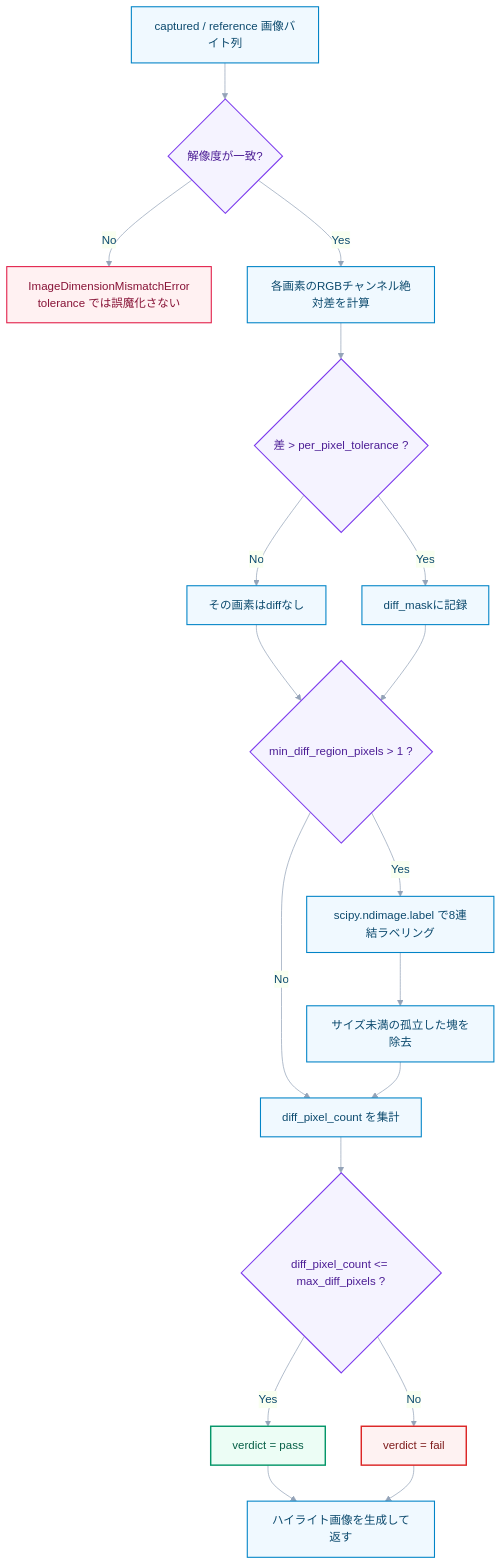
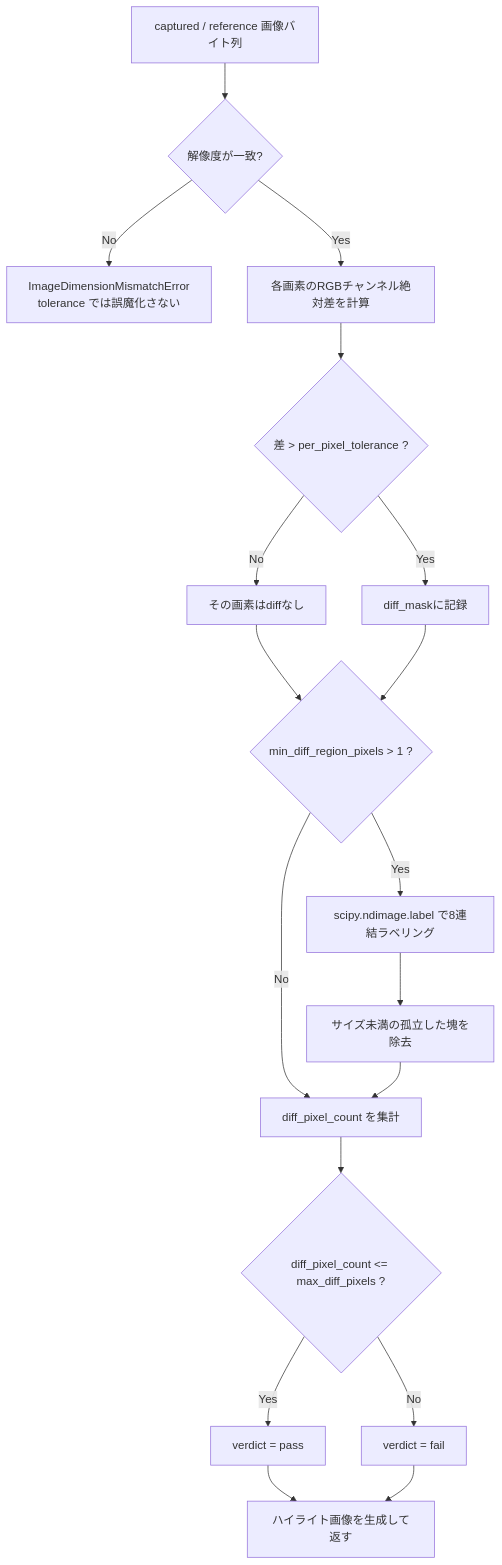
Before and after one commit to manato1201/VisualRegressionQATool: the fifth of 7 diagrams in docs/ARCHITECTURE.md, drawn with Mermaid. The commit also changed other lines of this file and 2 other files, not shown here.

First line of the commit message:
Rebuild system diagram as hand-routed SVG, document setup/verification steps

````diff
--- a/docs/ARCHITECTURE.md
+++ b/docs/ARCHITECTURE.md
@@ -227,32 +195,19 @@
 ```mermaid
-%%{init: {'theme': 'base', 'themeVariables': { 'primaryColor': '#f0f9ff', 'primaryBorderColor': '#0284c7', 'primaryTextColor': '#0c4a6e', 'lineColor': '#94a3b8', 'fontFamily': 'Inter, sans-serif' }}}%%
 flowchart TD
     A[captured / reference 画像バイト列] --> B{解像度が一致?}
     B -- No --> C[ImageDimensionMismatchError<br/>tolerance では誤魔化さない]
     B -- Yes --> D[各画素のRGBチャンネル絶対差を計算]
     D --> E{差 > per_pixel_tolerance ?}
     E -- No --> F[その画素はdiffなし]
     E -- Yes --> G[diff_maskに記録]
     F --> H
     G --> H{min_diff_region_pixels > 1 ?}
     H -- No --> I[diff_pixel_count を集計]
     H -- Yes --> J["scipy.ndimage.label で8連結ラベリング"]
     J --> K[サイズ未満の孤立した塊を除去]
     K --> I
     I --> L{diff_pixel_count <= max_diff_pixels ?}
     L -- Yes --> M[verdict = pass]
     L -- No --> N[verdict = fail]
     M & N --> O[ハイライト画像を生成して返す]
-
-    classDef decision fill:#f5f3ff,stroke:#7c3aed,stroke-width:1.5px,color:#4c1d95;
-    classDef process fill:#f0f9ff,stroke:#0284c7,stroke-width:1.5px,color:#0c4a6e;
-    classDef errorNode fill:#fff1f2,stroke:#e11d48,stroke-width:1.5px,color:#881337;
-    classDef passNode fill:#ecfdf5,stroke:#059669,stroke-width:2px,color:#065f46;
-    classDef failNode fill:#fef2f2,stroke:#dc2626,stroke-width:2px,color:#7f1d1d;
-
-    class B,E,H,L decision;
-    class A,D,F,G,I,J,K,O process;
-    class C errorNode;
-    class M passNode;
-    class N failNode;
 ```
````
